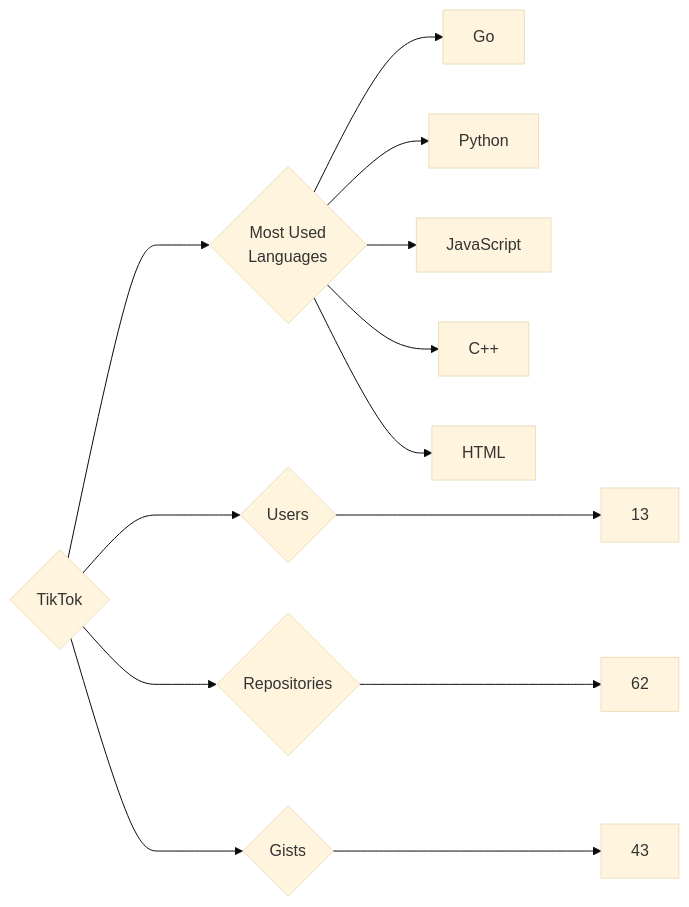
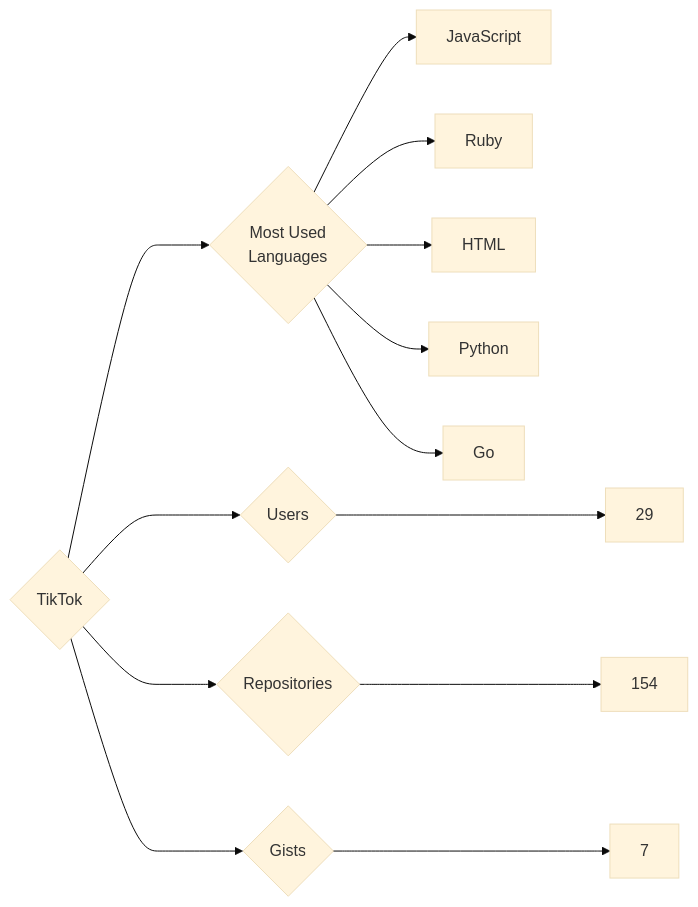
The diagram in targets/TikTok/README.md (trickest/insiders), drawn with Mermaid (base theme) before and after one commit. The commit also changed 886 other files, not shown here.

````diff
--- a/targets/TikTok/README.md
+++ b/targets/TikTok/README.md
@@ -3,13 +3,13 @@
 ```mermaid
 graph LR
 COMPANY_NAME{TikTok}
-COMPANY_NAME ---> U{Users} ---> UN[13]
-COMPANY_NAME ---> R{Repositories} ---> RN[62]
-COMPANY_NAME ---> G{Gists} ---> GN[43]
+COMPANY_NAME ---> U{Users} ---> UN[29]
+COMPANY_NAME ---> R{Repositories} ---> RN[154]
+COMPANY_NAME ---> G{Gists} ---> GN[7]
 COMPANY_NAME ---> ML{Most Used<br>Languages}
+ML --> JavaScript[JavaScript]
+ML --> Ruby[Ruby]
+ML --> HTML[HTML]
+ML --> Python[Python]
 ML --> Go[Go]
-ML --> Python[Python]
-ML --> JavaScript[JavaScript]
-ML --> C++[C++]
-ML --> HTML[HTML]
 ```
````
